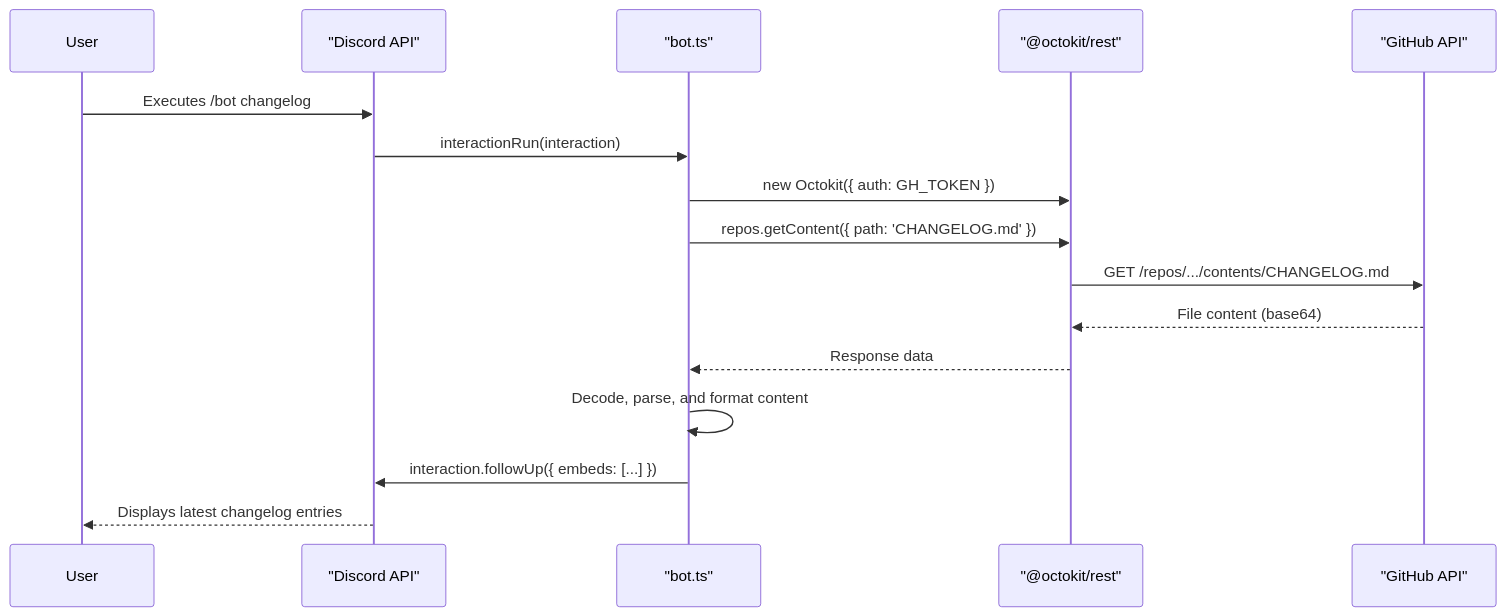
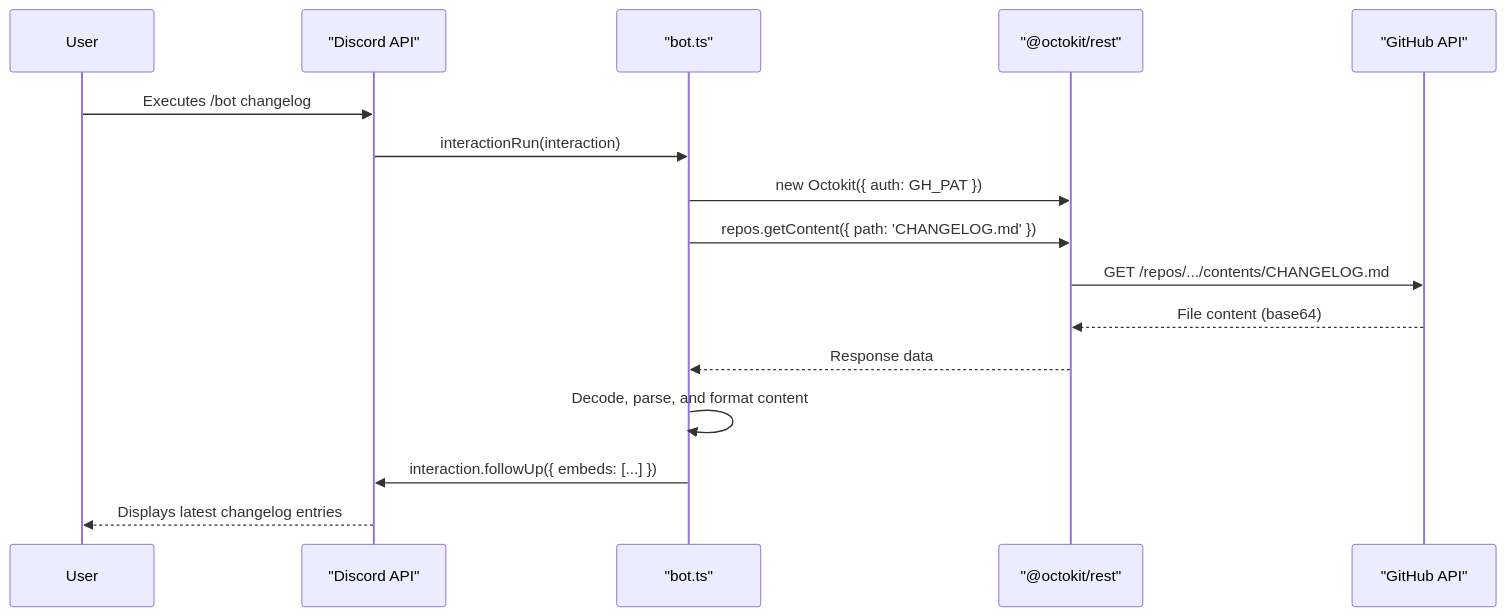
Before and after one commit to iamvikshan/mina-docs: the fifth of 5 diagrams in pages/wiki/home.md, drawn with Mermaid. The commit also changed other lines of this file and 12 other files, not shown here.

````diff
--- a/pages/wiki/home.md
+++ b/pages/wiki/home.md
@@ -306,20 +306,20 @@
 ```mermaid
 sequenceDiagram
     participant User
     participant Discord as "Discord API"
     participant Amina as "bot.ts"
     participant Octokit as "@octokit/rest"
     participant GitHub as "GitHub API"
 
     User->>Discord: Executes /bot changelog
     Discord->>Amina: interactionRun(interaction)
-    Amina->>Octokit: new Octokit({ auth: GH_TOKEN })
+    Amina->>Octokit: new Octokit({ auth: GH_PAT })
     Amina->>Octokit: repos.getContent({ path: 'CHANGELOG.md' })
     Octokit->>GitHub: GET /repos/.../contents/CHANGELOG.md
     GitHub-->>Octokit: File content (base64)
     Octokit-->>Amina: Response data
 
     Amina->>Amina: Decode, parse, and format content
     Amina->>Discord: interaction.followUp({ embeds: [...] })
     Discord-->>User: Displays latest changelog entries
 ```
````
